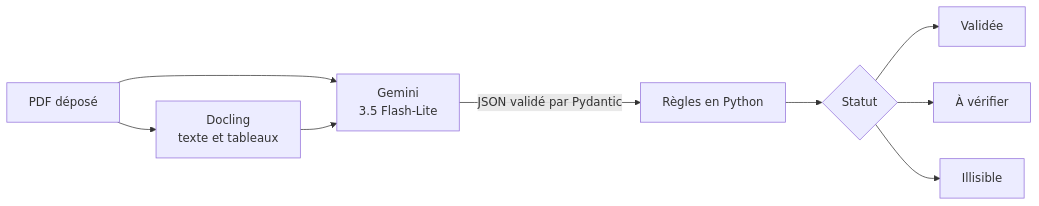
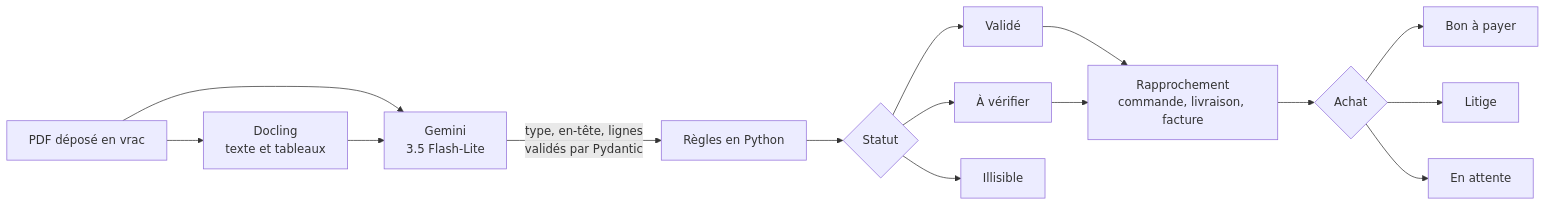
The diagram in README.md (Jeremy84100/factures-ia), drawn with Mermaid before and after one commit. The commit also changed other lines of this file and 10 other files, not shown here.

````diff
--- a/README.md
+++ b/README.md
@@ -30,11 +32,17 @@
 ```mermaid
 flowchart LR
-    A[PDF déposé] --> B[Docling<br>texte et tableaux]
+    A[PDF déposé en vrac] --> B[Docling<br>texte et tableaux]
     A --> C[Gemini<br>3.5 Flash-Lite]
     B --> C
-    C -->|JSON validé par Pydantic| D[Règles en Python]
+    C -->|type, en-tête, lignes<br>validés par Pydantic| D[Règles en Python]
     D --> E{Statut}
-    E --> F[Validée]
+    E --> F[Validé]
     E --> G[À vérifier]
     E --> H[Illisible]
+    F --> R[Rapprochement<br>commande, livraison, facture]
+    G --> R
+    R --> S{Achat}
+    S --> T[Bon à payer]
+    S --> U[Litige]
+    S --> V[En attente]
 ```
````
